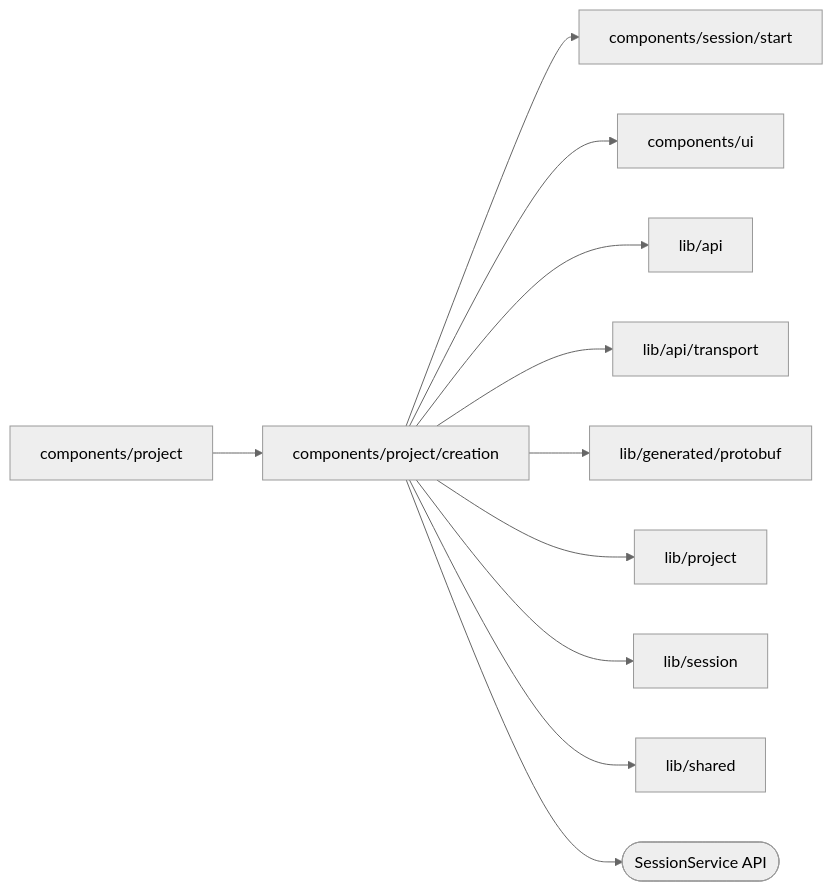
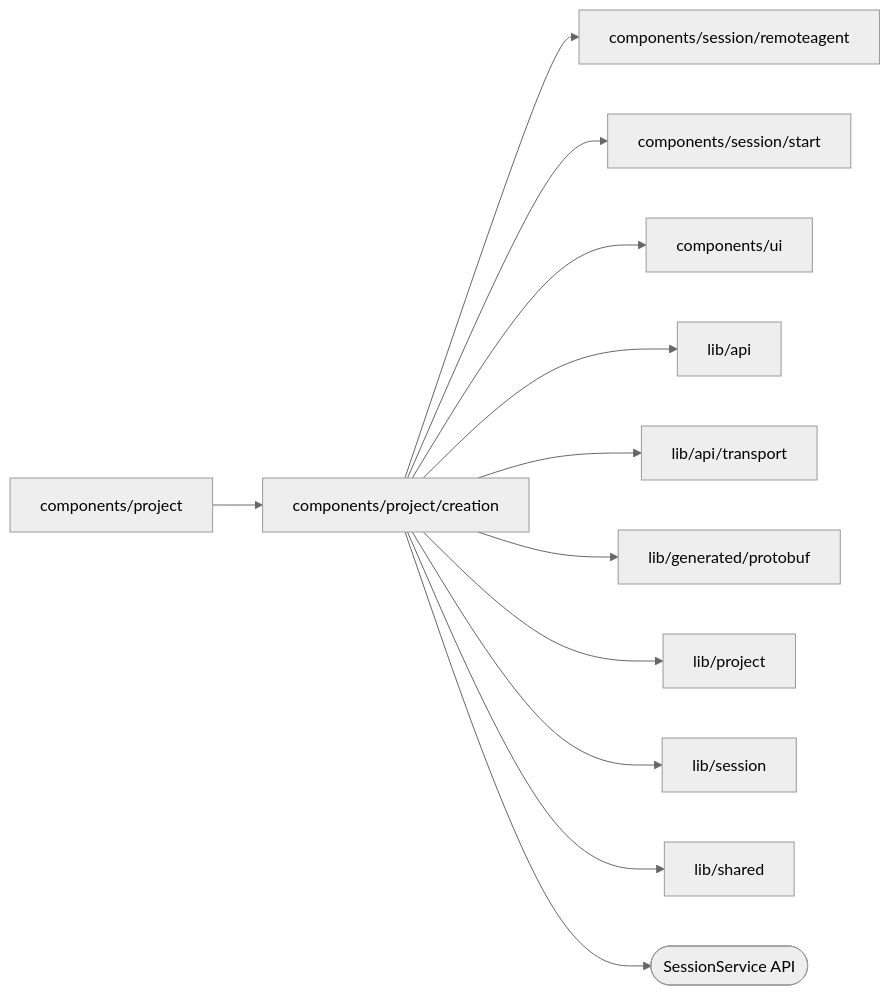
Before and after one commit to superdurable/superverse: the diagram in web/studio/components/project/creation/README.md, drawn with Mermaid (neutral theme). The commit also changed other lines of this file and 22 other files, not shown here.

````diff
--- a/web/studio/components/project/creation/README.md
+++ b/web/studio/components/project/creation/README.md
@@ -10,14 +10,15 @@
 ```mermaid
 flowchart LR
   self["components/project/creation"]
   c0["components/project"] --> self
-  self --> d0["components/session/start"]
-  self --> d1["components/ui"]
-  self --> d2["lib/api"]
-  self --> d3["lib/api/transport"]
-  self --> d4["lib/generated/protobuf"]
-  self --> d5["lib/project"]
-  self --> d6["lib/session"]
-  self --> d7["lib/shared"]
+  self --> d0["components/session/remoteagent"]
+  self --> d1["components/session/start"]
+  self --> d2["components/ui"]
+  self --> d3["lib/api"]
+  self --> d4["lib/api/transport"]
+  self --> d5["lib/generated/protobuf"]
+  self --> d6["lib/project"]
+  self --> d7["lib/session"]
+  self --> d8["lib/shared"]
   self --> e0(["SessionService API"])
 ```
````
